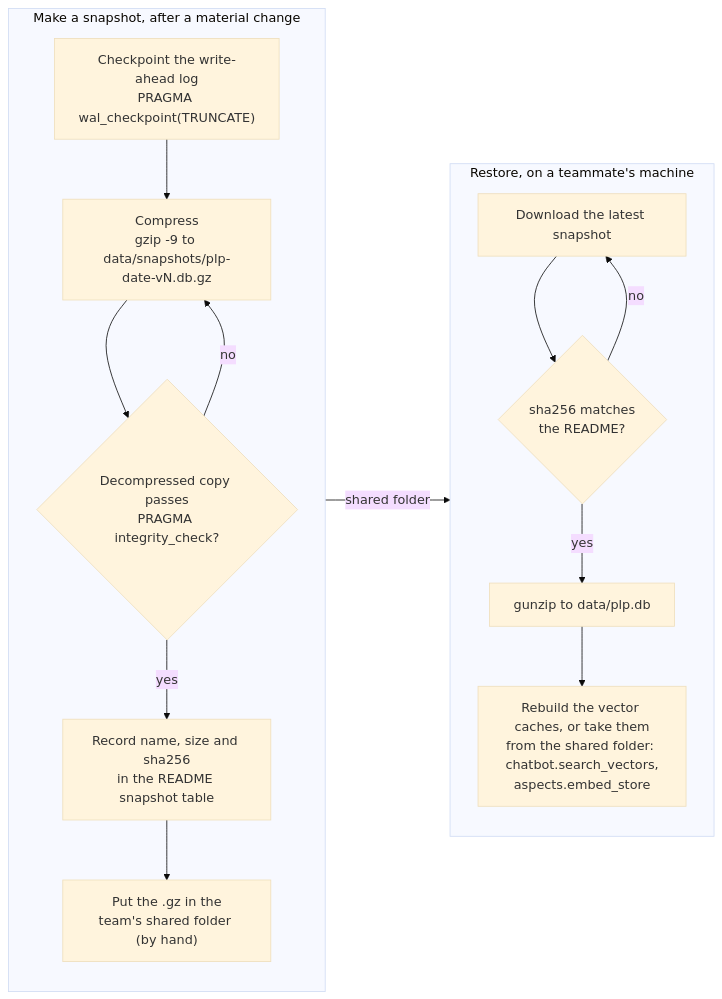
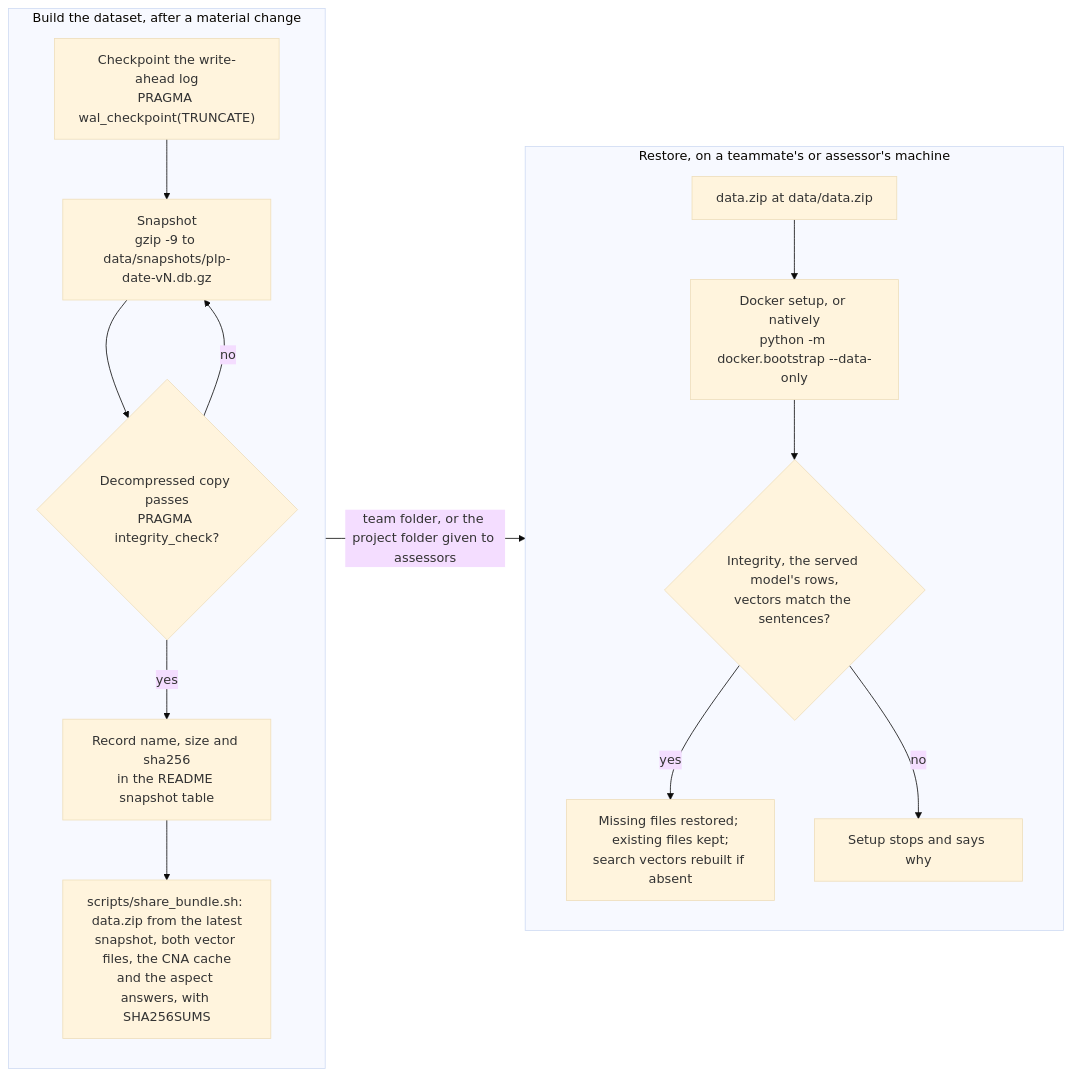
The diagram in docs/diagrams/src/18-snapshots.mmd (Gavingyh/plp-project), drawn with Mermaid (base theme) before and after one commit. The commit also changed 13 other files, not shown here.

First line of the commit message:
Build the dataset as data.zip, the layout the Docker setup restores

```diff
--- a/docs/diagrams/src/18-snapshots.mmd
+++ b/docs/diagrams/src/18-snapshots.mmd
@@ -1,28 +1,29 @@
 flowchart LR
-  accTitle: Database snapshot and restore
-  accDescr: The owner checkpoints the write-ahead log, compresses the database, verifies the copy, records its checksum in the README and puts it in the team's shared folder. A teammate downloads it, checks the checksum and decompresses it to data/plp.db; the two vector caches are rebuilt locally or taken from the shared folder.
+  accTitle: Building and restoring the dataset
+  accDescr: The owner checkpoints and snapshots the database, verifies the copy and records its checksum, then builds data.zip from the latest snapshot, both vector files, the CNA cache and the aspect answers. A teammate or assessor puts data.zip at data/data.zip; Docker setup, or the same script run natively, checks it and restores the missing files.
 
-  subgraph make["Make a snapshot, after a material change"]
+  subgraph make["Build the dataset, after a material change"]
     direction TB
     ck["Checkpoint the write-ahead log<br/>PRAGMA wal_checkpoint(TRUNCATE)"]
-    gz["Compress<br/>gzip -9 to data/snapshots/plp-date-vN.db.gz"]
+    gz["Snapshot<br/>gzip -9 to data/snapshots/plp-date-vN.db.gz"]
     ver{"Decompressed copy passes<br/>PRAGMA integrity_check?"}
     sha["Record name, size and sha256<br/>in the README snapshot table"]
-    up["Put the .gz in the<br/>team's shared folder (by hand)"]
+    zip["scripts/share_bundle.sh: data.zip from the latest<br/>snapshot, both vector files, the CNA cache<br/>and the aspect answers, with SHA256SUMS"]
   end
 
-  subgraph use["Restore, on a teammate's machine"]
+  subgraph use["Restore, on a teammate's or assessor's machine"]
     direction TB
-    dl["Download the latest snapshot"]
-    same{"sha256 matches<br/>the README?"}
-    un["gunzip to data/plp.db"]
-    emb["Rebuild the vector caches, or take them<br/>from the shared folder: chatbot.search_vectors,<br/>aspects.embed_store"]
+    put["data.zip at data/data.zip"]
+    boot["Docker setup, or natively<br/>python -m docker.bootstrap --data-only"]
+    chk{"Integrity, the served model's rows,<br/>vectors match the sentences?"}
+    ok["Missing files restored; existing files kept;<br/>search vectors rebuilt if absent"]
+    stop["Setup stops and says why"]
   end
 
   ck --> gz --> ver
-  ver -- yes --> sha --> up
+  ver -- yes --> sha --> zip
   ver -- no --> gz
-  make -- "shared folder" --> use
-  dl --> same
-  same -- yes --> un --> emb
-  same -- no --> dl
+  make -- "team folder, or the project folder given to assessors" --> use
+  put --> boot --> chk
+  chk -- yes --> ok
+  chk -- no --> stop
```
